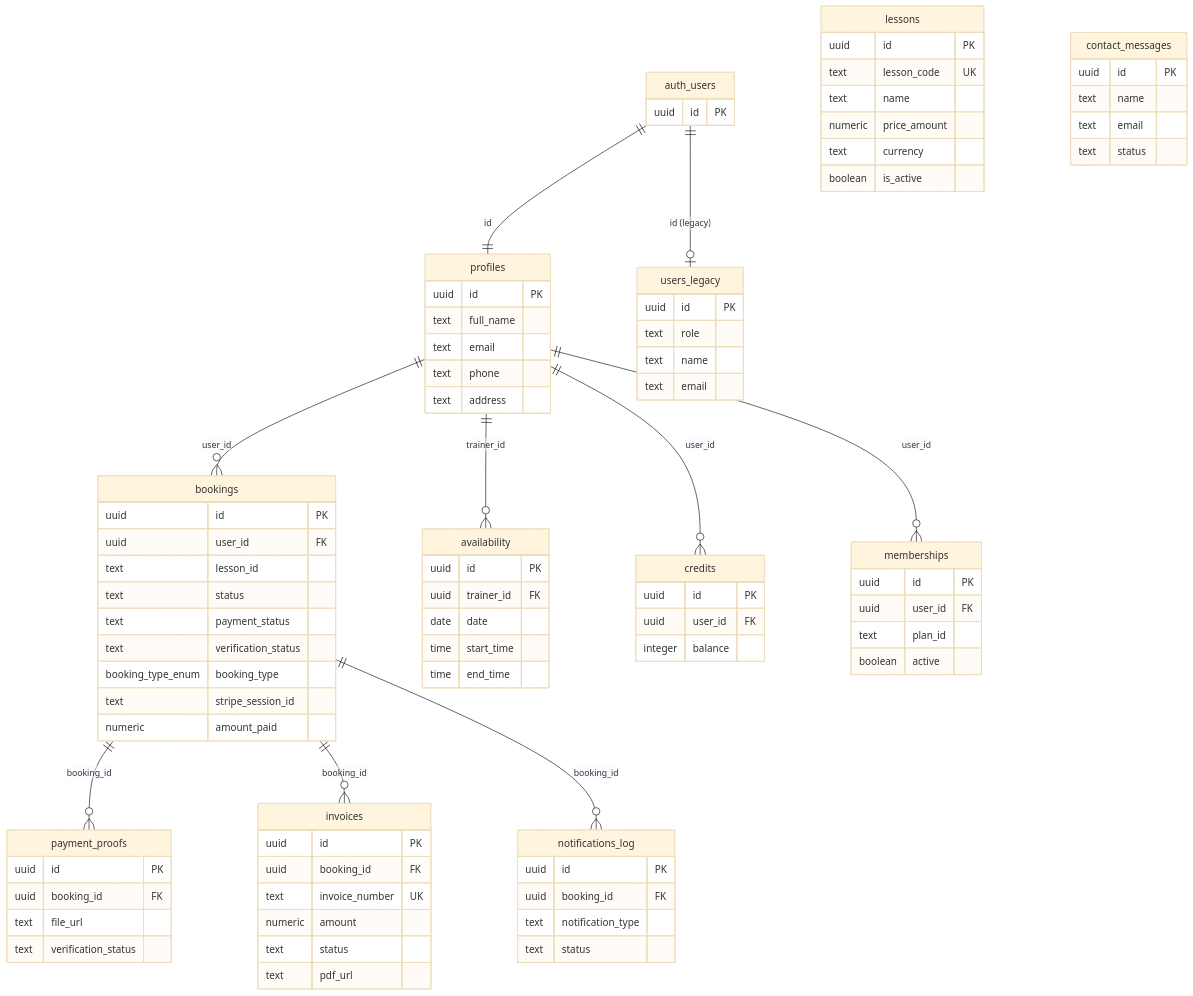
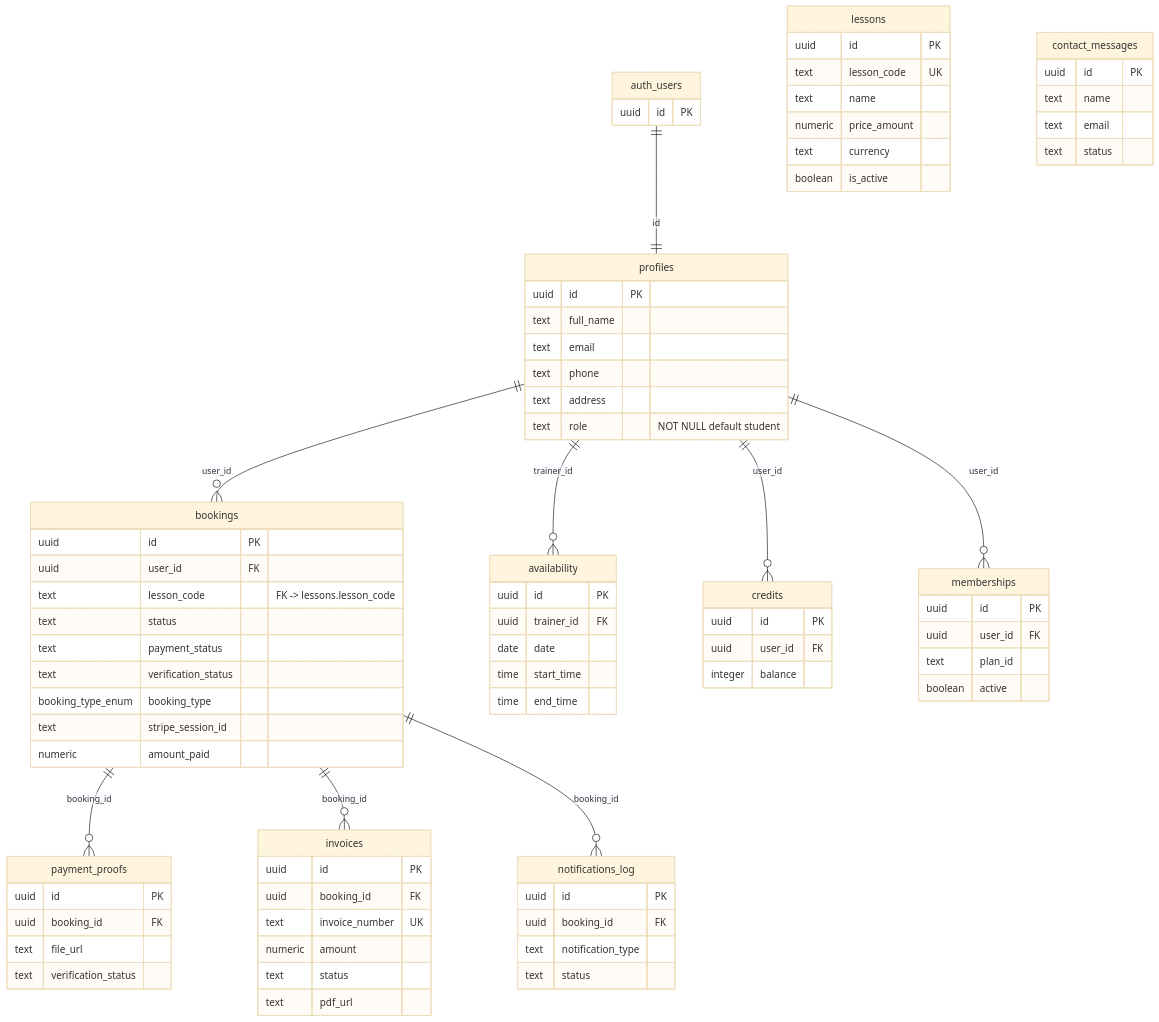
Before and after one commit to AGCPadelAcademy/web_application: the diagram in specs/baseline-system/supabase-backend.md, drawn with Mermaid (base theme). The commit also changed other lines of this file and 3 other files, not shown here.

First line of the commit message:
Add domain model spec, refresh baseline, and align bookings FK with lesson_code.

```diff
--- a/specs/baseline-system/supabase-backend.md
+++ b/specs/baseline-system/supabase-backend.md
@@ -262,12 +257,7 @@
         text email
         text phone
         text address
-    }
-    users_legacy {
-        uuid id PK
-        text role
-        text name
-        text email
+        text role "NOT NULL default student"
     }
     lessons {
         uuid id PK
@@ -280,7 +270,7 @@
     bookings {
         uuid id PK
         uuid user_id FK
-        text lesson_id
+        text lesson_code "FK -> lessons.lesson_code"
         text status
         text payment_status
         text verification_status
@@ -334,7 +324,6 @@
     }
 
     auth_users ||--|| profiles : "id"
-    auth_users ||--o| users_legacy : "id (legacy)"
     profiles ||--o{ bookings : "user_id"
     profiles ||--o{ availability : "trainer_id"
     profiles ||--o{ credits : "user_id"
```
